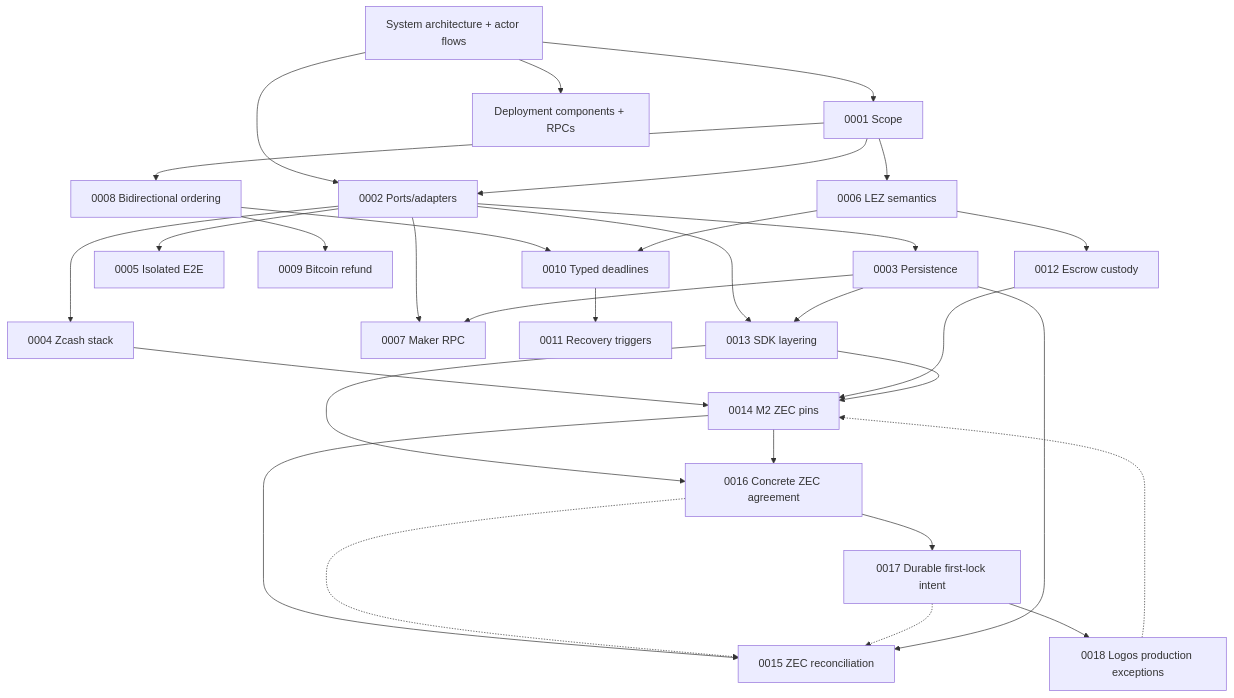
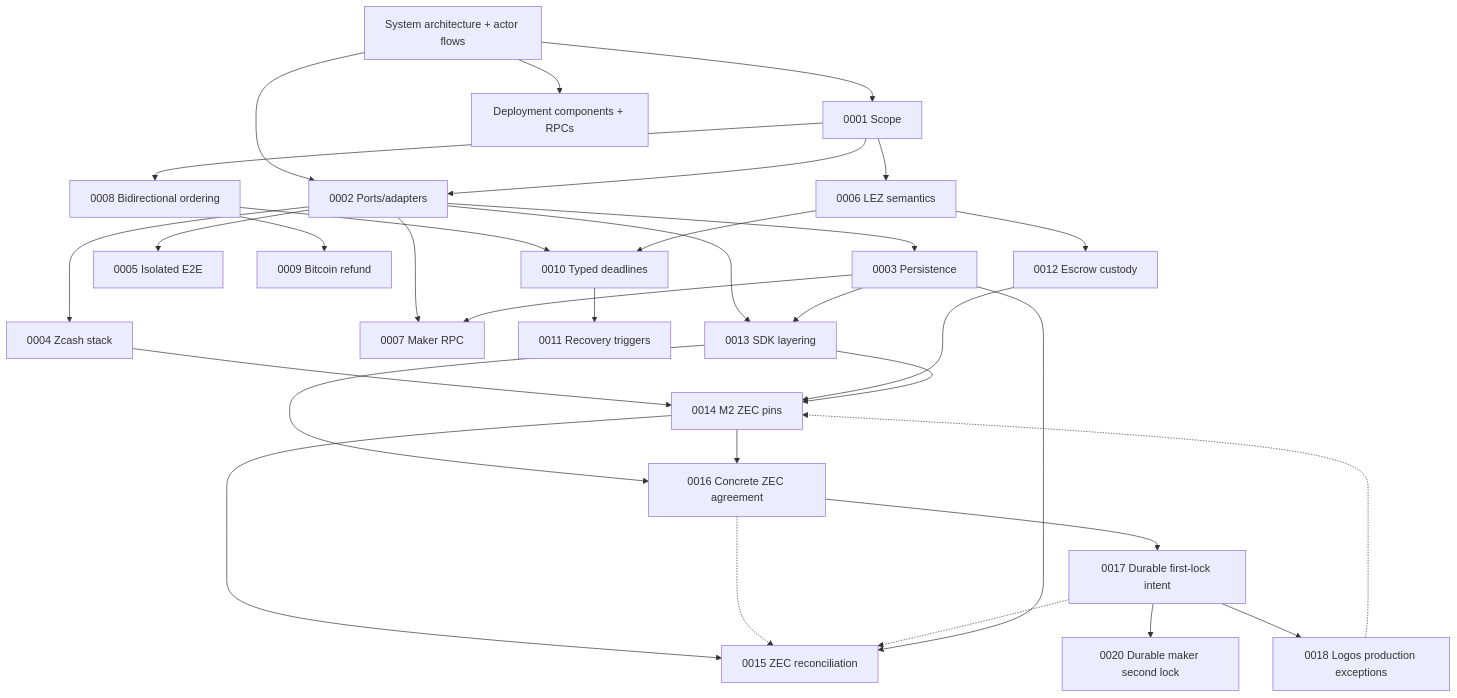
The diagram in docs/architecture/README.md (gateway-fm/lez-atomic-swaps), drawn with Mermaid before and after one commit. The commit also changed other lines of this file and 24 other files, not shown here.

````diff
--- a/docs/architecture/README.md
+++ b/docs/architecture/README.md
@@ -25,33 +25,34 @@
 ```mermaid
 flowchart TB
     System["System architecture + actor flows"] --> Scope["0001 Scope"]
     System --> Deployment["Deployment components + RPCs"]
     System --> Ports["0002 Ports/adapters"]
     Scope --> Ports
     Ports --> Persistence["0003 Persistence"]
     Ports --> Zcash["0004 Zcash stack"]
     Ports --> Docker["0005 Isolated E2E"]
     Scope --> LEZ["0006 LEZ semantics"]
     Ports --> RPC["0007 Maker RPC"]
     Scope --> Direction["0008 Bidirectional ordering"]
     Direction --> Bitcoin["0009 Bitcoin refund"]
     Direction --> Deadlines["0010 Typed deadlines"]
     LEZ --> Deadlines
     Deadlines --> Recovery["0011 Recovery triggers"]
     LEZ --> Custody["0012 Escrow custody"]
     Ports --> SDK["0013 SDK layering"]
     Zcash --> ZecPins["0014 M2 ZEC pins"]
     Custody --> ZecPins
     SDK --> ZecPins
     ZecPins --> ZecReconcile["0015 ZEC reconciliation"]
     SDK --> Agreement["0016 Concrete ZEC agreement"]
     Agreement --> FirstLock["0017 Durable first-lock intent"]
+    FirstLock --> MakerLock["0020 Durable maker second lock"]
     ZecPins --> Agreement
     Agreement -.-> ZecReconcile
     FirstLock -.-> ZecReconcile
     FirstLock --> Upstream["0018 Logos production exceptions"]
     Upstream -.-> ZecPins
     Persistence --> ZecReconcile
     Persistence --> SDK
     Persistence --> RPC
 ```
````
